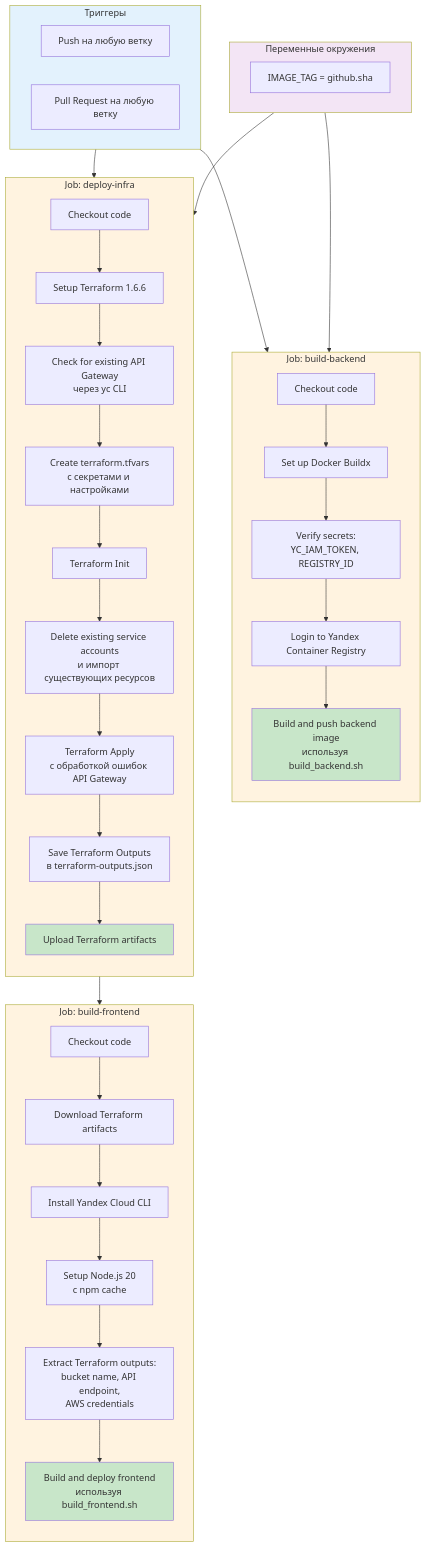
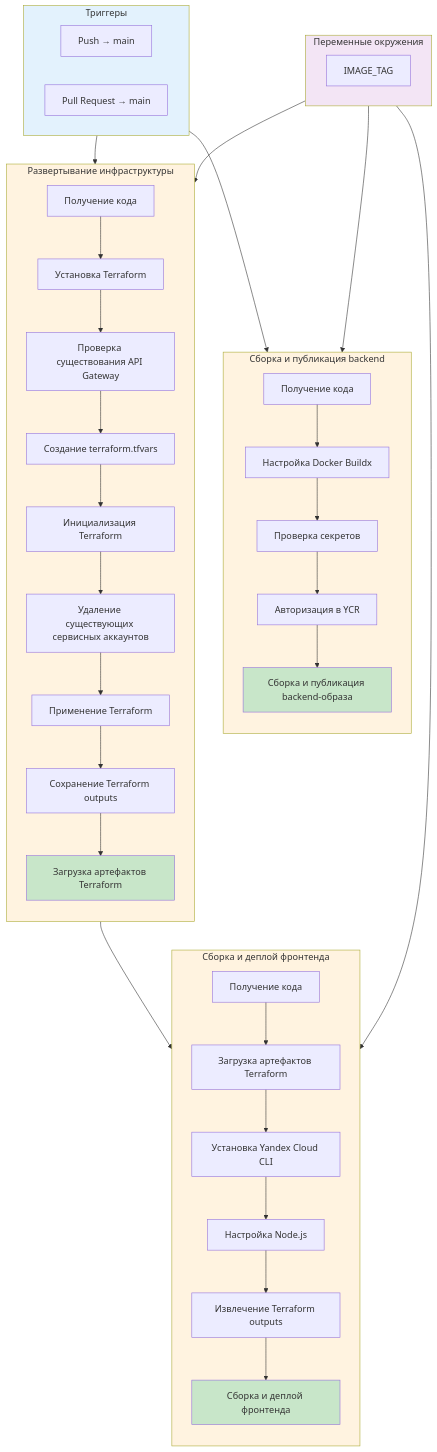
The diagram in .github/workflows/ci.yml.mermaid (UZver24/DevOpsPortfolio), drawn with Mermaid before and after one commit. The commit also changed 4 other files, not shown here.

```diff
--- a/.github/workflows/ci.yml.mermaid
+++ b/.github/workflows/ci.yml.mermaid
@@ -1,62 +1,61 @@
 flowchart TB
+
     subgraph Triggers["Триггеры"]
-        Push[Push на любую ветку]
-        PR[Pull Request на любую ветку]
+        PushEvent[Push → main]
+        Pull_RequestEvent[Pull Request → main]
     end
-    
+
     subgraph Env["Переменные окружения"]
-        ImageTag[IMAGE_TAG = github.sha]
+        IMAGE_TAG[IMAGE_TAG]
     end
-    
-    subgraph Job1["Job: build-backend"]
+
+    subgraph Job1["Сборка и публикация backend"]
         direction TB
-        B1[Checkout code]
-        B2[Set up Docker Buildx]
-        B3[Verify secrets:<br/>YC_IAM_TOKEN, REGISTRY_ID]
-        B4[Login to Yandex Container Registry]
-        B5[Build and push backend image<br/>используя build_backend.sh]
-        
-        B1 --> B2 --> B3 --> B4 --> B5
+        A1[Получение кода]
+        A2[Настройка Docker Buildx]
+        A3[Проверка секретов]
+        A4[Авторизация в YCR]
+        A5[Сборка и публикация backend-образа]
+        A1 --> A2 --> A3 --> A4 --> A5
     end
-    
-    subgraph Job2["Job: deploy-infra"]
+
+    subgraph Job2["Развертывание инфраструктуры"]
         direction TB
-        D1[Checkout code]
-        D2[Setup Terraform 1.6.6]
-        D3[Check for existing API Gateway<br/>через yc CLI]
-        D4[Create terraform.tfvars<br/>с секретами и настройками]
-        D5[Terraform Init]
-        D6[Delete existing service accounts<br/>и импорт существующих ресурсов]
-        D7[Terraform Apply<br/>с обработкой ошибок API Gateway]
-        D8[Save Terraform Outputs<br/>в terraform-outputs.json]
-        D9[Upload Terraform artifacts]
-        
-        D1 --> D2 --> D3 --> D4 --> D5 --> D6 --> D7 --> D8 --> D9
+        B1[Получение кода]
+        B2[Установка Terraform]
+        B3[Проверка существования API Gateway]
+        B4[Создание terraform.tfvars]
+        B5[Инициализация Terraform]
+        B6[Удаление существующих сервисных аккаунтов]
+        B7[Применение Terraform]
+        B8[Сохранение Terraform outputs]
+        B9[Загрузка артефактов Terraform]
+        B1 --> B2 --> B3 --> B4 --> B5 --> B6 --> B7 --> B8 --> B9
     end
-    
-    subgraph Job3["Job: build-frontend"]
+
+    subgraph Job3["Сборка и деплой фронтенда"]
         direction TB
-        F1[Checkout code]
-        F2[Download Terraform artifacts]
-        F3[Install Yandex Cloud CLI]
-        F4[Setup Node.js 20<br/>с npm cache]
-        F5[Extract Terraform outputs:<br/>bucket name, API endpoint,<br/>AWS credentials]
-        F6[Build and deploy frontend<br/>используя build_frontend.sh]
-        
-        F1 --> F2 --> F3 --> F4 --> F5 --> F6
+        C1[Получение кода]
+        C2[Загрузка артефактов Terraform]
+        C3[Установка Yandex Cloud CLI]
+        C4[Настройка Node.js]
+        C5[Извлечение Terraform outputs]
+        C6[Сборка и деплой фронтенда]
+        C1 --> C2 --> C3 --> C4 --> C5 --> C6
     end
-    
+
     Triggers --> Job1
     Triggers --> Job2
+    Job2 --> Job3
     Env --> Job1
     Env --> Job2
-    Job2 --> Job3
-    
+    Env --> Job3
+
     style Triggers fill:#e3f2fd
     style Env fill:#f3e5f5
     style Job1 fill:#fff3e0
     style Job2 fill:#fff3e0
     style Job3 fill:#fff3e0
-    style B5 fill:#c8e6c9
-    style D9 fill:#c8e6c9
-    style F6 fill:#c8e6c9
+    style A5 fill:#c8e6c9
+    style B9 fill:#c8e6c9
+    style C6 fill:#c8e6c9
```
